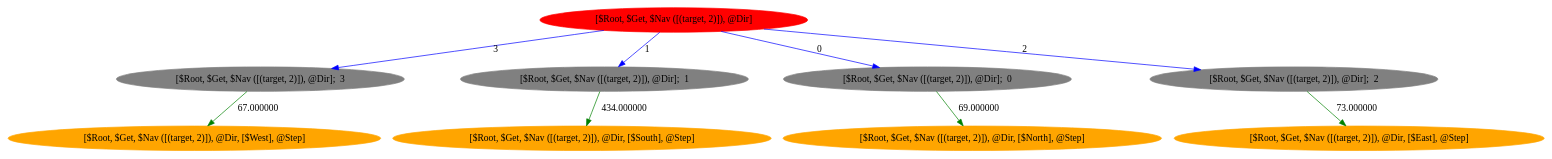
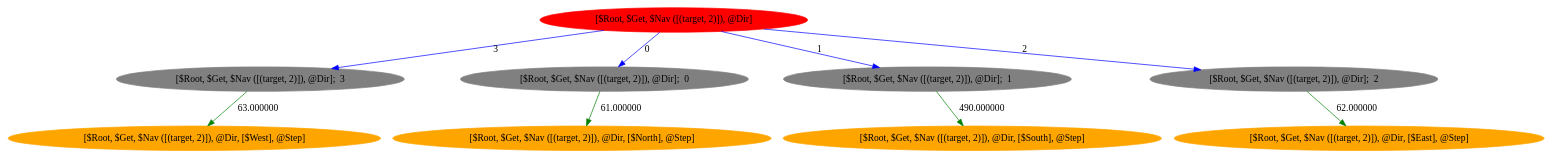
Before and after one commit to aijunbai/taxi: the diagram in data/hierarchicalfsm-int_(2, 1, 0, 1)_transitions.dot, drawn with Graphviz. The commit also changed 38 other files, not shown here.

```diff
--- a/data/hierarchicalfsm-int_(2, 1, 0, 1)_transitions.dot
+++ b/data/hierarchicalfsm-int_(2, 1, 0, 1)_transitions.dot
@@ -1,21 +1,21 @@
 Digraph "" {
 ratio=fill
 node [style=filled];
 	1 [label="[$Root, $Get, $Nav ([(target, 2)]), @Dir]"][color="red"];
 	2 [label="[$Root, $Get, $Nav ([(target, 2)]), @Dir];  3"][color="gray"];
 	3 [label="[$Root, $Get, $Nav ([(target, 2)]), @Dir, [$West], @Step]"][color="orange"];
-	4 [label="[$Root, $Get, $Nav ([(target, 2)]), @Dir];  1"][color="gray"];
-	5 [label="[$Root, $Get, $Nav ([(target, 2)]), @Dir, [$South], @Step]"][color="orange"];
-	6 [label="[$Root, $Get, $Nav ([(target, 2)]), @Dir];  0"][color="gray"];
-	7 [label="[$Root, $Get, $Nav ([(target, 2)]), @Dir, [$North], @Step]"][color="orange"];
+	4 [label="[$Root, $Get, $Nav ([(target, 2)]), @Dir];  0"][color="gray"];
+	5 [label="[$Root, $Get, $Nav ([(target, 2)]), @Dir, [$North], @Step]"][color="orange"];
+	6 [label="[$Root, $Get, $Nav ([(target, 2)]), @Dir];  1"][color="gray"];
+	7 [label="[$Root, $Get, $Nav ([(target, 2)]), @Dir, [$South], @Step]"][color="orange"];
 	8 [label="[$Root, $Get, $Nav ([(target, 2)]), @Dir];  2"][color="gray"];
 	9 [label="[$Root, $Get, $Nav ([(target, 2)]), @Dir, [$East], @Step]"][color="orange"];
 	1 -> 8 [color="blue"][label="2"];
-	1 -> 6 [color="blue"][label="0"];
-	1 -> 4 [color="blue"][label="1"];
+	1 -> 6 [color="blue"][label="1"];
+	1 -> 4 [color="blue"][label="0"];
 	1 -> 2 [color="blue"][label="3"];
-	2 -> 3 [color="green"][label="67.000000"];
-	4 -> 5 [color="green"][label="434.000000"];
-	6 -> 7 [color="green"][label="69.000000"];
-	8 -> 9 [color="green"][label="73.000000"];
+	2 -> 3 [color="green"][label="63.000000"];
+	4 -> 5 [color="green"][label="61.000000"];
+	6 -> 7 [color="green"][label="490.000000"];
+	8 -> 9 [color="green"][label="62.000000"];
 }
```
